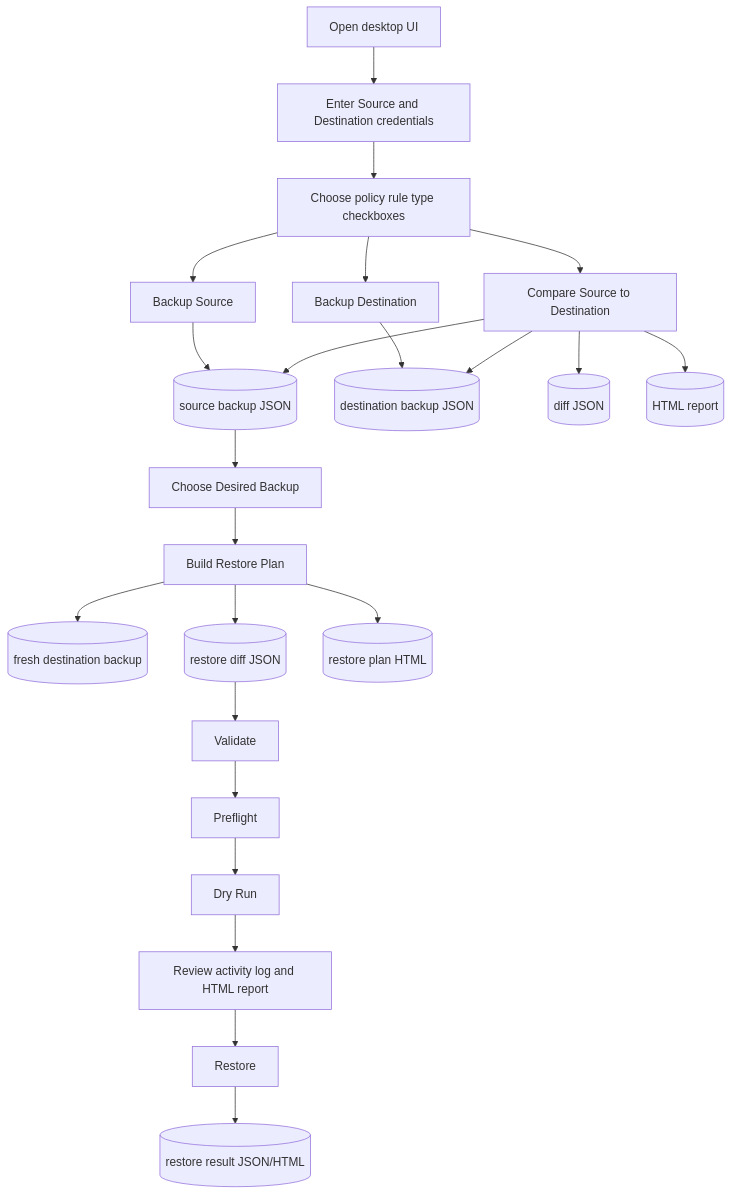
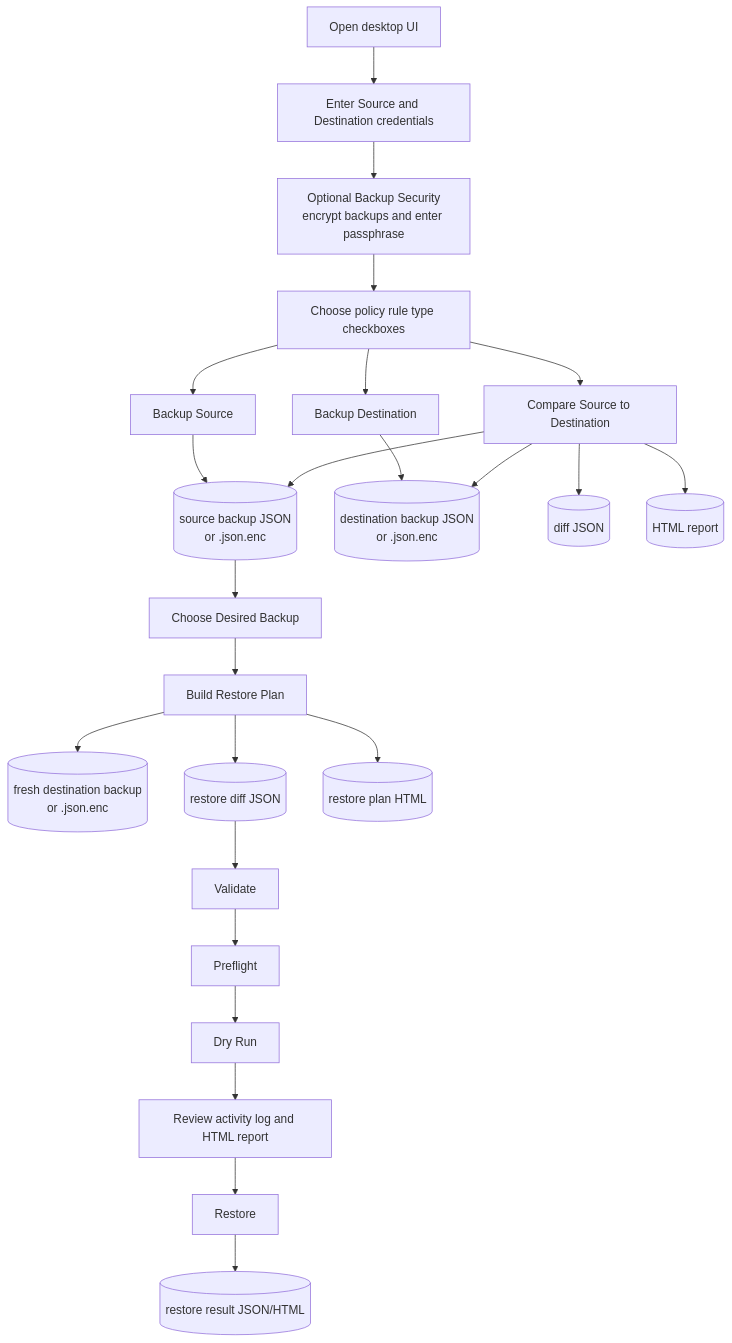
One commit to EggertsIT/ZPA-BackupNrestore changed the third of 12 diagrams in docs/PROCESS.md. Above: the diagram before and after it, drawn with Mermaid. The commit also changed other lines of this file and 1 other file, not shown here.

Commit message:
Document encrypted backup process

````diff
--- a/docs/PROCESS.md
+++ b/docs/PROCESS.md
@@ -55,29 +57,30 @@
 ```mermaid
 flowchart TD
     Start[Open desktop UI] --> Credentials[Enter Source and Destination credentials]
-    Credentials --> Scope[Choose policy rule type checkboxes]
+    Credentials --> BackupSecurity[Optional Backup Security<br/>encrypt backups and enter passphrase]
+    BackupSecurity --> Scope[Choose policy rule type checkboxes]
 
     Scope --> BackupSource[Backup Source]
     Scope --> BackupDestination[Backup Destination]
     Scope --> Compare[Compare Source to Destination]
 
-    BackupSource --> SourceFile[(source backup JSON)]
-    BackupDestination --> DestinationFile[(destination backup JSON)]
+    BackupSource --> SourceFile[(source backup JSON<br/>or .json.enc)]
+    BackupDestination --> DestinationFile[(destination backup JSON<br/>or .json.enc)]
     Compare --> SourceFile
     Compare --> DestinationFile
     Compare --> DiffFile[(diff JSON)]
     Compare --> ReportFile[(HTML report)]
 
     SourceFile --> Choose[Choose Desired Backup]
     Choose --> RestorePlan[Build Restore Plan]
-    RestorePlan --> CurrentDestination[(fresh destination backup)]
+    RestorePlan --> CurrentDestination[(fresh destination backup<br/>or .json.enc)]
     RestorePlan --> RestoreDiff[(restore diff JSON)]
     RestorePlan --> RestoreReport[(restore plan HTML)]
 
     RestoreDiff --> Validate[Validate]
     Validate --> Preflight[Preflight]
     Preflight --> DryRun[Dry Run]
     DryRun --> Review[Review activity log and HTML report]
     Review --> Restore[Restore]
     Restore --> RestoreResult[(restore result JSON/HTML)]
 ```
````
